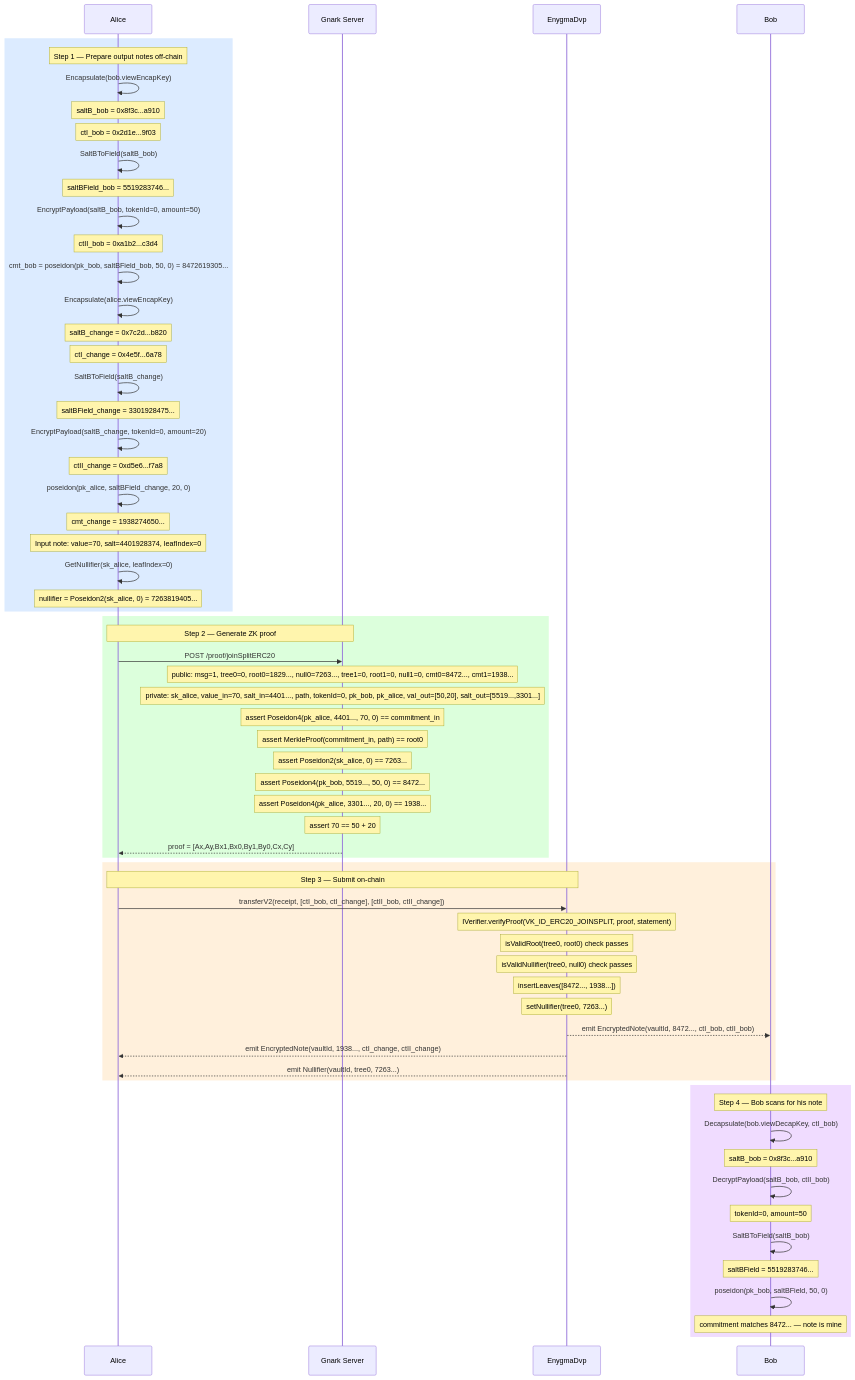
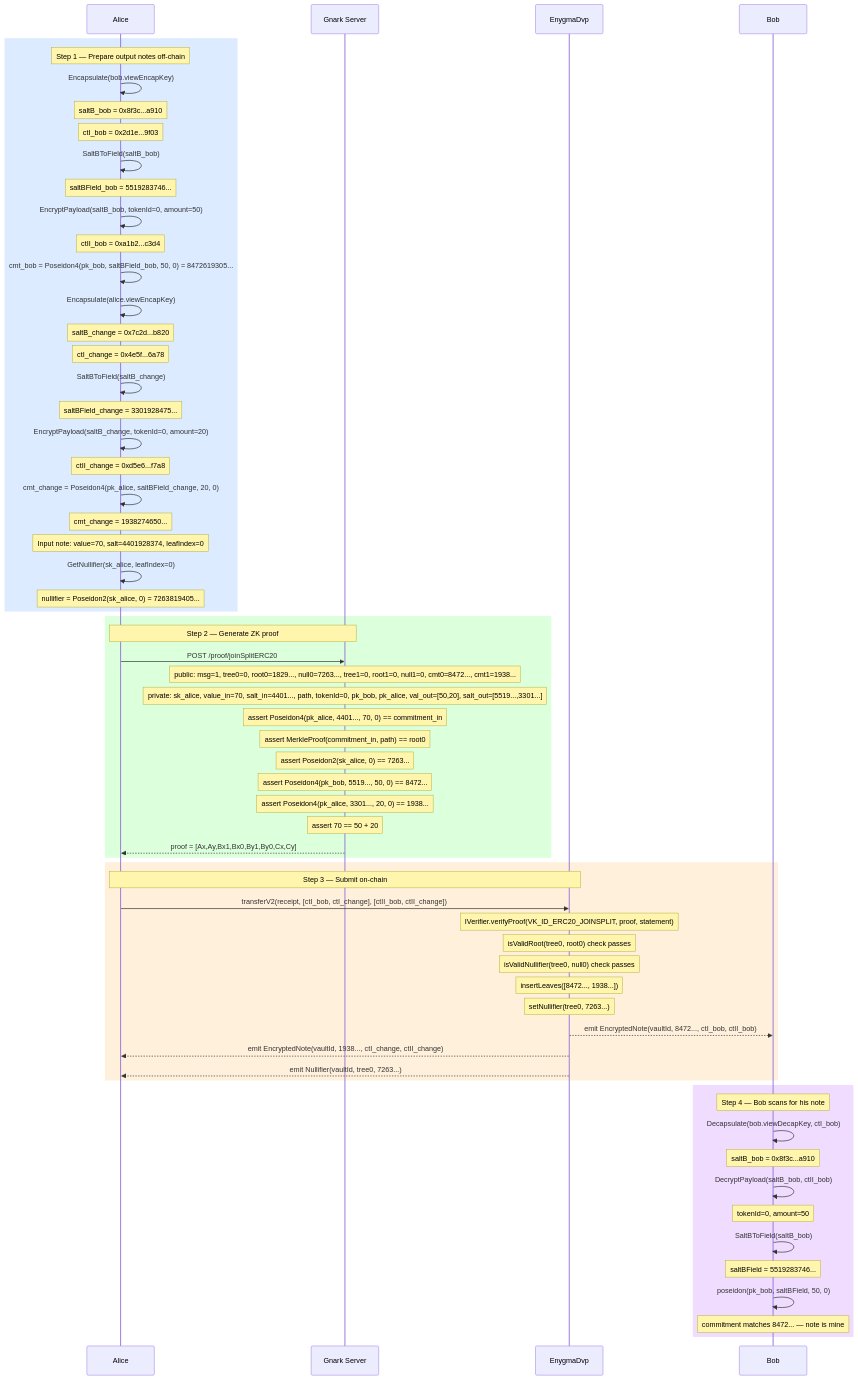
The diagram in enygma_dvp/docs/flows/03_transfer_erc20.md (yaksetig/Enygma), drawn with Mermaid before and after one commit. The commit also changed 7 other files, not shown here.

````diff
--- a/enygma_dvp/docs/flows/03_transfer_erc20.md
+++ b/enygma_dvp/docs/flows/03_transfer_erc20.md
@@ -99,79 +99,79 @@
 ```mermaid
 sequenceDiagram
     participant Alice
     participant Gnark as Gnark Server
     participant DVP as EnygmaDvp
     participant Bob
 
     rect rgb(220, 235, 255)
         Note over Alice: Step 1 — Prepare output notes off-chain
 
         Alice->>Alice: Encapsulate(bob.viewEncapKey)
         Note over Alice: saltB_bob = 0x8f3c...a910
         Note over Alice: ctI_bob   = 0x2d1e...9f03
         Alice->>Alice: SaltBToField(saltB_bob)
         Note over Alice: saltBField_bob = 5519283746...
         Alice->>Alice: EncryptPayload(saltB_bob, tokenId=0, amount=50)
         Note over Alice: ctII_bob = 0xa1b2...c3d4
-        Alice->>Alice: cmt_bob = poseidon(pk_bob, saltBField_bob, 50, 0)  = 8472619305...
+        Alice->>Alice: cmt_bob = Poseidon4(pk_bob, saltBField_bob, 50, 0)  = 8472619305...
 
 
         Alice->>Alice: Encapsulate(alice.viewEncapKey)
         Note over Alice: saltB_change = 0x7c2d...b820
         Note over Alice: ctI_change   = 0x4e5f...6a78
         Alice->>Alice: SaltBToField(saltB_change)
         Note over Alice: saltBField_change = 3301928475...
         Alice->>Alice: EncryptPayload(saltB_change, tokenId=0, amount=20)
         Note over Alice: ctII_change = 0xd5e6...f7a8
-        Alice->>Alice: poseidon(pk_alice, saltBField_change, 20, 0)
+        Alice->>Alice: cmt_change = Poseidon4(pk_alice, saltBField_change, 20, 0)
         Note over Alice: cmt_change = 1938274650...
 
         Note over Alice: Input note: value=70, salt=4401928374, leafIndex=0
         Alice->>Alice: GetNullifier(sk_alice, leafIndex=0)
         Note over Alice: nullifier = Poseidon2(sk_alice, 0) = 7263819405...
     end
 
     rect rgb(220, 255, 220)
         Note over Alice,Gnark: Step 2 — Generate ZK proof
 
         Alice->>Gnark: POST /proof/joinSplitERC20
         Note over Gnark: public: msg=1, tree0=0, root0=1829..., null0=7263..., tree1=0, root1=0, null1=0, cmt0=8472..., cmt1=1938...
         Note over Gnark: private: sk_alice, value_in=70, salt_in=4401..., path, tokenId=0, pk_bob, pk_alice, val_out=[50,20], salt_out=[5519...,3301...]
         Note over Gnark: assert Poseidon4(pk_alice, 4401..., 70, 0) == commitment_in
         Note over Gnark: assert MerkleProof(commitment_in, path) == root0
         Note over Gnark: assert Poseidon2(sk_alice, 0) == 7263...
         Note over Gnark: assert Poseidon4(pk_bob, 5519..., 50, 0) == 8472...
         Note over Gnark: assert Poseidon4(pk_alice, 3301..., 20, 0) == 1938...
         Note over Gnark: assert 70 == 50 + 20
 
         Gnark-->>Alice: proof = [Ax,Ay,Bx1,Bx0,By1,By0,Cx,Cy]
     end
 
     rect rgb(255, 240, 220)
         Note over Alice,DVP: Step 3 — Submit on-chain
 
         Alice->>DVP: transferV2(receipt, [ctI_bob, ctI_change], [ctII_bob, ctII_change])
         Note over DVP: IVerifier.verifyProof(VK_ID_ERC20_JOINSPLIT, proof, statement)
         Note over DVP: isValidRoot(tree0, root0) check passes
         Note over DVP: isValidNullifier(tree0, null0) check passes
         Note over DVP: insertLeaves([8472..., 1938...])
         Note over DVP: setNullifier(tree0, 7263...)
 
         DVP-->>Bob: emit EncryptedNote(vaultId, 8472..., ctI_bob, ctII_bob)
         DVP-->>Alice: emit EncryptedNote(vaultId, 1938..., ctI_change, ctII_change)
         DVP-->>Alice: emit Nullifier(vaultId, tree0, 7263...)
     end
 
     rect rgb(240, 220, 255)
         Note over Bob: Step 4 — Bob scans for his note
 
         Bob->>Bob: Decapsulate(bob.viewDecapKey, ctI_bob)
         Note over Bob: saltB_bob = 0x8f3c...a910
         Bob->>Bob: DecryptPayload(saltB_bob, ctII_bob)
         Note over Bob: tokenId=0, amount=50
         Bob->>Bob: SaltBToField(saltB_bob)
         Note over Bob: saltBField = 5519283746...
         Bob->>Bob: poseidon(pk_bob, saltBField, 50, 0)
         Note over Bob: commitment matches 8472... — note is mine
     end
 ```
````
